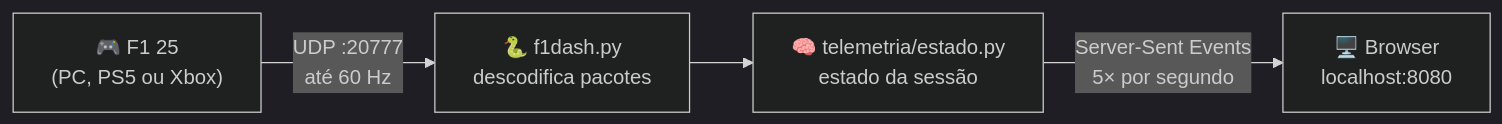
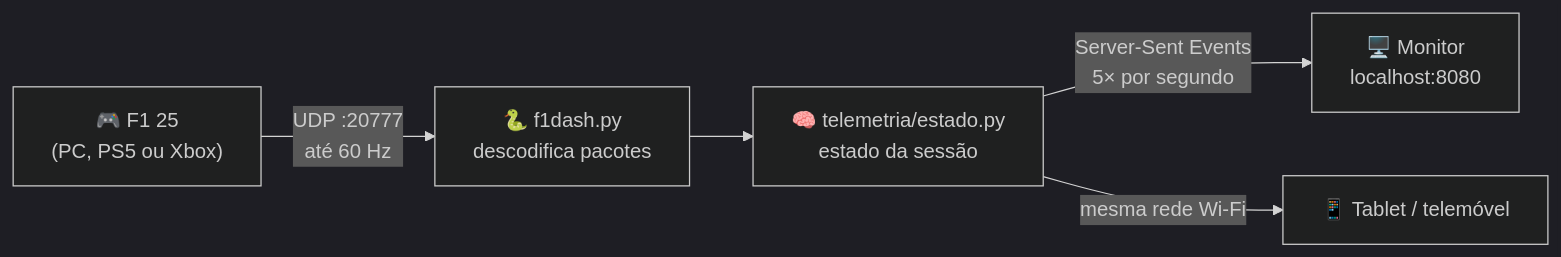
The diagram in README.md (heldersilva28/f1Dash), drawn with Mermaid (dark theme) before and after one commit. The commit also changed other lines of this file and 12 other files, not shown here.

````diff
--- a/README.md
+++ b/README.md
@@ -254,6 +285,7 @@
 ```mermaid
 flowchart LR
     A["🎮 F1 25<br>(PC, PS5 ou Xbox)"] -- "UDP :20777<br>até 60 Hz" --> B["🐍 f1dash.py<br>descodifica pacotes"]
     B --> C["🧠 telemetria/estado.py<br>estado da sessão"]
-    C -- "Server-Sent Events<br>5× por segundo" --> D["🖥️ Browser<br>localhost:8080"]
+    C -- "Server-Sent Events<br>5× por segundo" --> D["🖥️ Monitor<br>localhost:8080"]
+    C -- "mesma rede Wi-Fi" --> E["📱 Tablet / telemóvel"]
 ```
````
